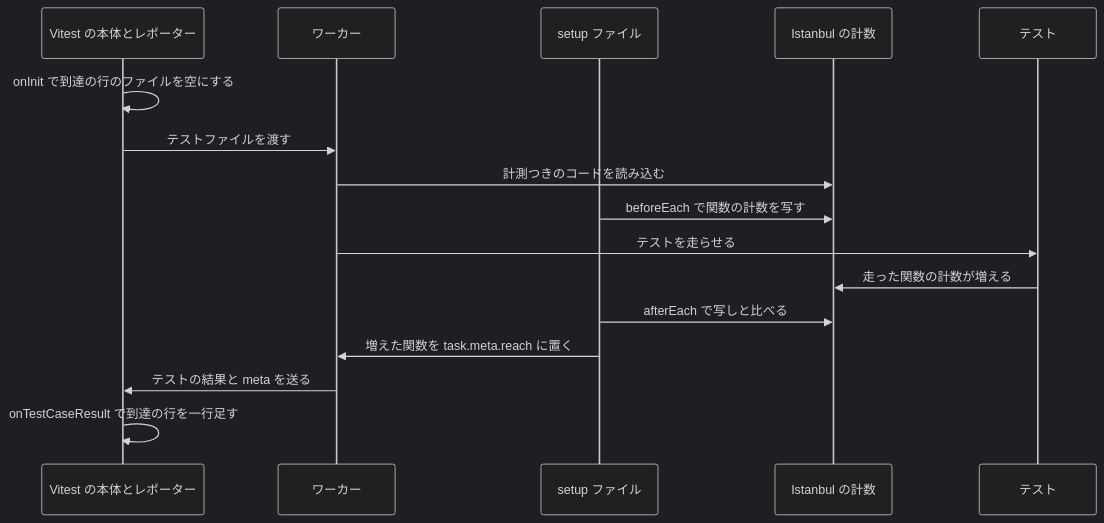
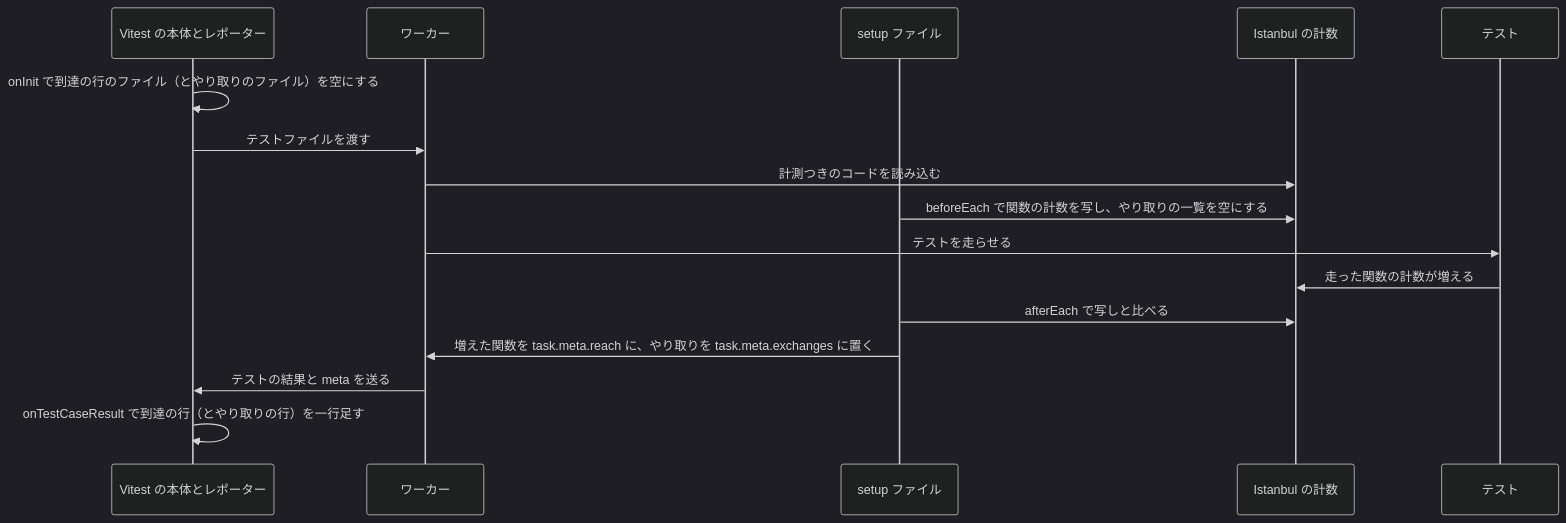
Before and after one commit to maronnjapan/maronn-openid-connect: the seventh of 17 diagrams in apps/tests/docs/02-measure.md, drawn with Mermaid (dark theme). The commit also changed other lines of this file and 3 other files, not shown here.

````diff
--- a/apps/tests/docs/02-measure.md
+++ b/apps/tests/docs/02-measure.md
@@ -362,18 +371,18 @@
 ```mermaid
 sequenceDiagram
   participant R as Vitest の本体とレポーター
   participant W as ワーカー
   participant S as setup ファイル
   participant G as Istanbul の計数
   participant T as テスト
-  R->>R: onInit で到達の行のファイルを空にする
+  R->>R: onInit で到達の行のファイル（とやり取りのファイル）を空にする
   R->>W: テストファイルを渡す
   W->>G: 計測つきのコードを読み込む
-  S->>G: beforeEach で関数の計数を写す
+  S->>G: beforeEach で関数の計数を写し、やり取りの一覧を空にする
   W->>T: テストを走らせる
   T->>G: 走った関数の計数が増える
   S->>G: afterEach で写しと比べる
-  S->>W: 増えた関数を task.meta.reach に置く
+  S->>W: 増えた関数を task.meta.reach に、やり取りを task.meta.exchanges に置く
   W->>R: テストの結果と meta を送る
-  R->>R: onTestCaseResult で到達の行を一行足す
+  R->>R: onTestCaseResult で到達の行（とやり取りの行）を一行足す
 ```
````
